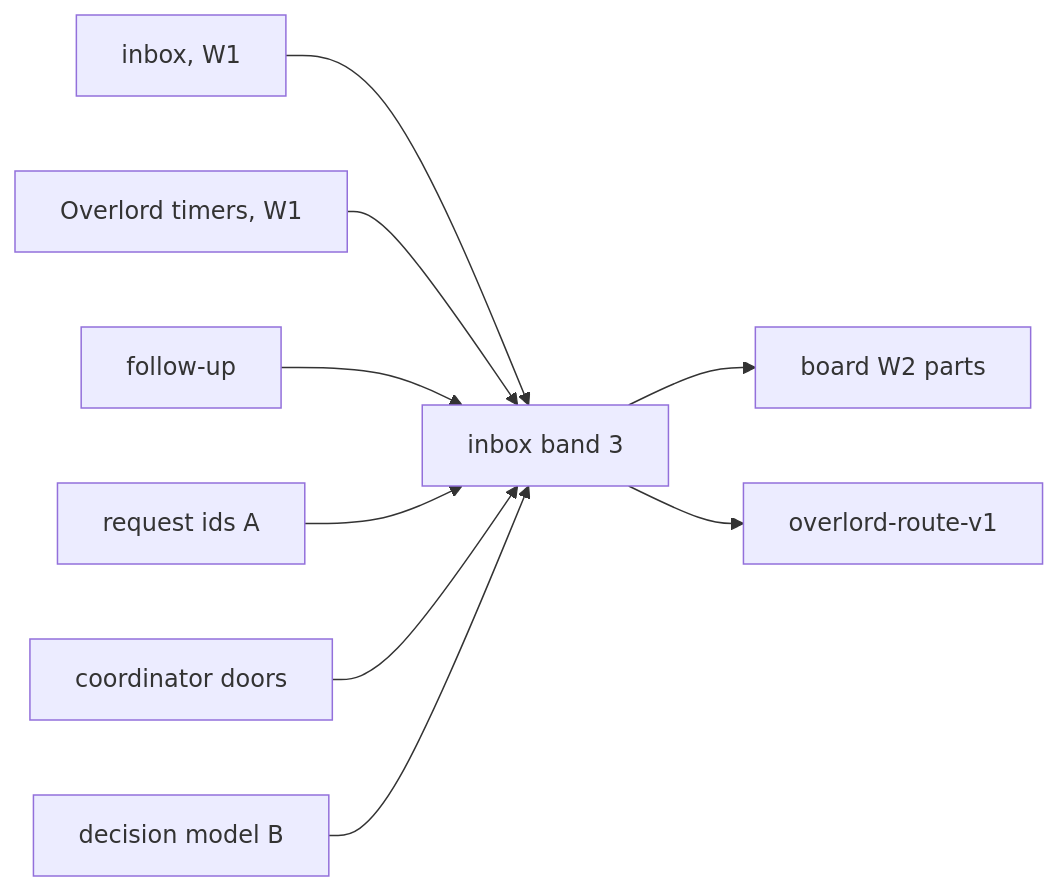
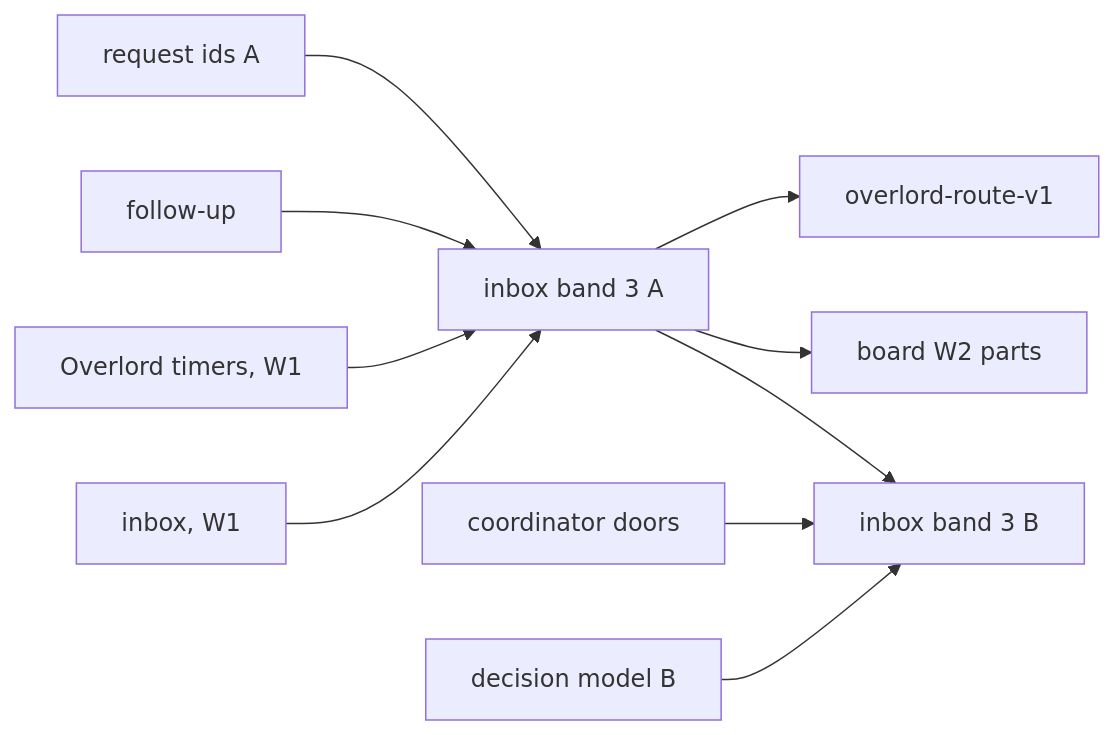
One commit to Synapsium-Labs/ccrc-pwa changed the fifth of 5 diagrams in docs/superpowers/plans/2026-11-16-overlord-w2/w2-inbox-band-3.md. Above: the diagram before and after it, drawn with Mermaid. The commit also changed other lines of this file and 1 other file, not shown here.

First line of the commit message:
docs(plan): fold review 2289 into inbox band 3 and the label queue

````diff
--- a/docs/superpowers/plans/2026-11-16-overlord-w2/w2-inbox-band-3.md
+++ b/docs/superpowers/plans/2026-11-16-overlord-w2/w2-inbox-band-3.md
@@ -404,11 +492,12 @@
 ```mermaid
 flowchart LR
-  IN["inbox, W1"] --> B3["inbox band 3"]
-  OT["Overlord timers, W1"] --> B3
-  FU["follow-up"] --> B3
-  RIA["request ids A"] --> B3
-  CD["coordinator doors"] --> B3
-  DMB["decision model B"] --> B3
-  B3 --> BD["board W2 parts"]
-  B3 --> RV1["overlord-route-v1"]
+  IN["inbox, W1"] --> B3A["inbox band 3 A"]
+  OT["Overlord timers, W1"] --> B3A
+  FU["follow-up"] --> B3A
+  RIA["request ids A"] --> B3A
+  B3A --> B3B["inbox band 3 B"]
+  CD["coordinator doors"] --> B3B
+  DMB["decision model B"] --> B3B
+  B3A --> BD["board W2 parts"]
+  B3A --> RV1["overlord-route-v1"]
 ```
````
